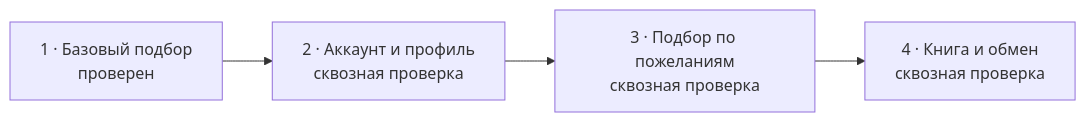
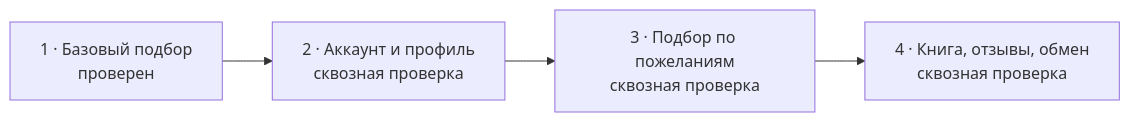
One commit to Tor250/SmartBite changed the fourth of 4 diagrams in architecture/c4.md. Above: the diagram before and after it, drawn with Mermaid. The commit also changed 1 other file, not shown here.

Commit message:
Уточнить целевой способ входа

````diff
--- a/architecture/c4.md
+++ b/architecture/c4.md
@@ -58,8 +58,8 @@
 ```mermaid
 flowchart LR
     i1["1 · Базовый подбор<br/>проверен"]
     i2["2 · Аккаунт и профиль<br/>сквозная проверка"]
     i3["3 · Подбор по пожеланиям<br/>сквозная проверка"]
-    i4["4 · Книга и обмен<br/>сквозная проверка"]
+    i4["4 · Книга, отзывы, обмен<br/>сквозная проверка"]
     i1 --> i2 --> i3 --> i4
 ```
````
